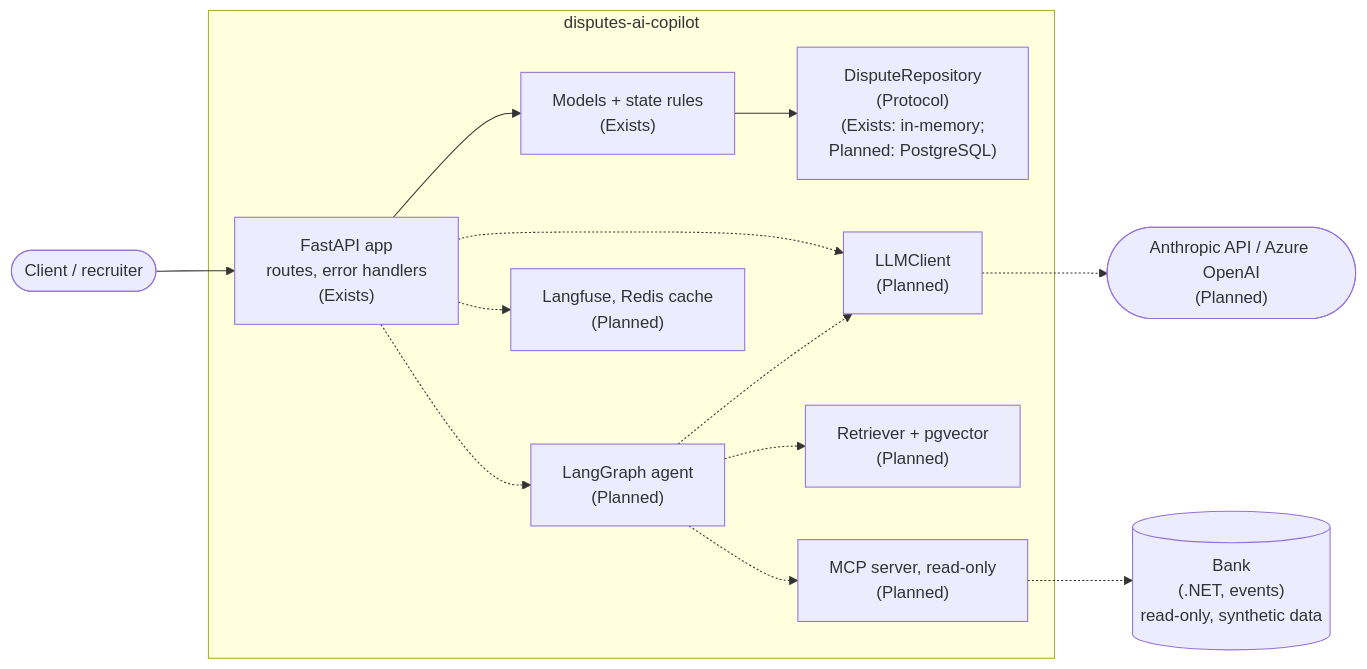
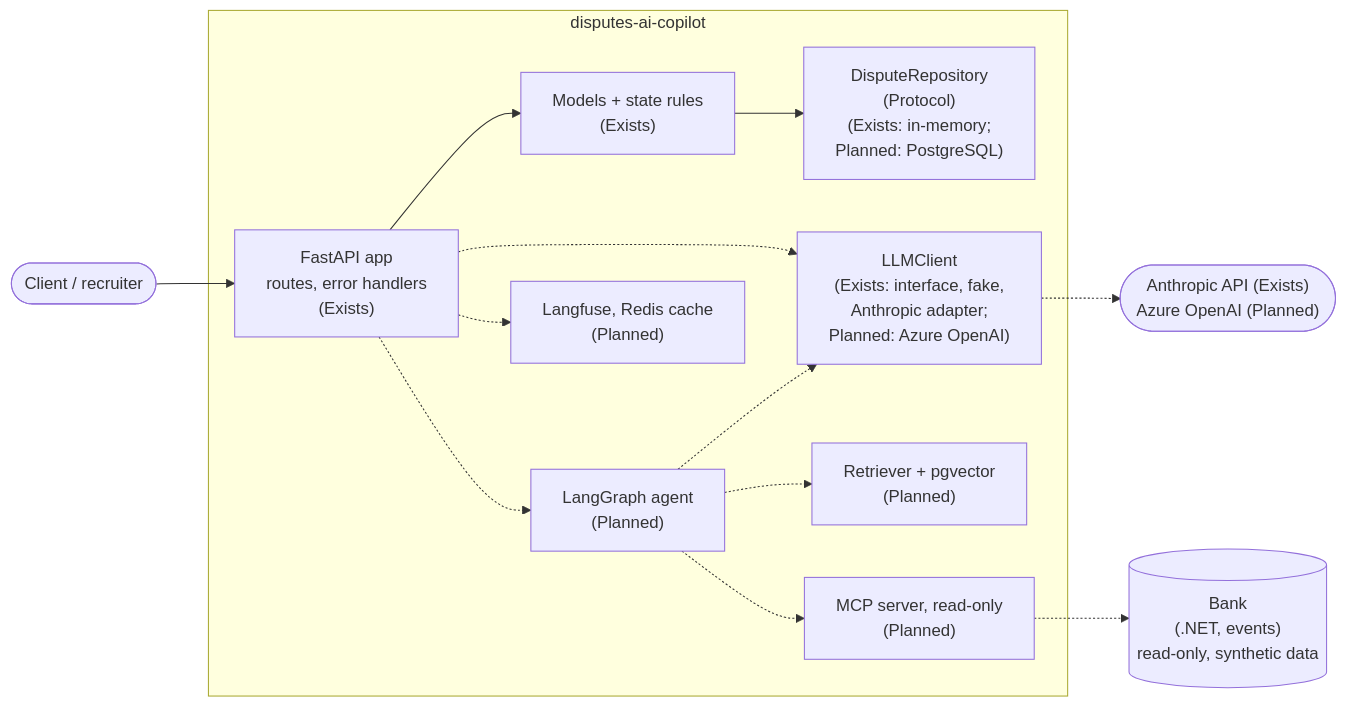
One commit to jdrojasrs-maker/disputes-ai-copilot changed the diagram in docs/ARCHITECTURE.md. Above: the diagram before and after it, drawn with Mermaid. The commit also changed other lines of this file and 4 other files, not shown here.

````diff
--- a/docs/ARCHITECTURE.md
+++ b/docs/ARCHITECTURE.md
@@ -17,28 +17,28 @@
 ```mermaid
 flowchart LR
     client([Client / recruiter])
     subgraph disputes["disputes-ai-copilot"]
         api["FastAPI app<br/>routes, error handlers<br/>(Exists)"]
         domain["Models + state rules<br/>(Exists)"]
         repo["DisputeRepository<br/>(Protocol)<br/>(Exists: in-memory;<br/>Planned: PostgreSQL)"]
-        llm["LLMClient<br/>(Planned)"]
+        llm["LLMClient<br/>(Exists: interface, fake,<br/>Anthropic adapter;<br/>Planned: Azure OpenAI)"]
         rag["Retriever + pgvector<br/>(Planned)"]
         agent["LangGraph agent<br/>(Planned)"]
         mcp["MCP server, read-only<br/>(Planned)"]
         obs["Langfuse, Redis cache<br/>(Planned)"]
     end
     bank[("Bank<br/>(.NET, events)<br/>read-only, synthetic data")]
-    providers(["Anthropic API / Azure OpenAI<br/>(Planned)"])
+    providers(["Anthropic API (Exists)<br/>Azure OpenAI (Planned)"])
 
     client --> api
     api --> domain
     domain --> repo
     api -.-> llm
     api -.-> agent
     agent -.-> llm
     agent -.-> rag
     agent -.-> mcp
     llm -.-> providers
     mcp -.-> bank
     api -.-> obs
 ```
````
